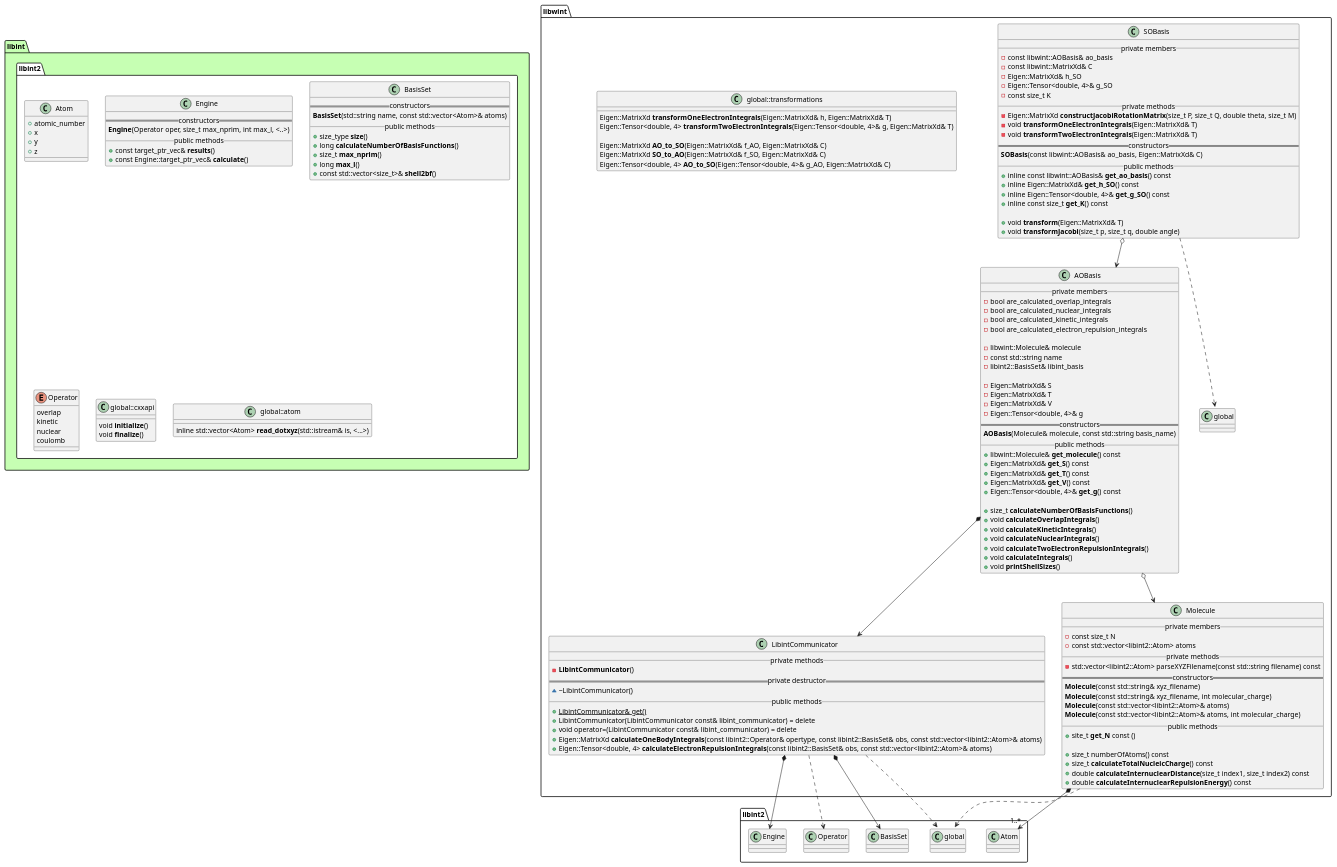
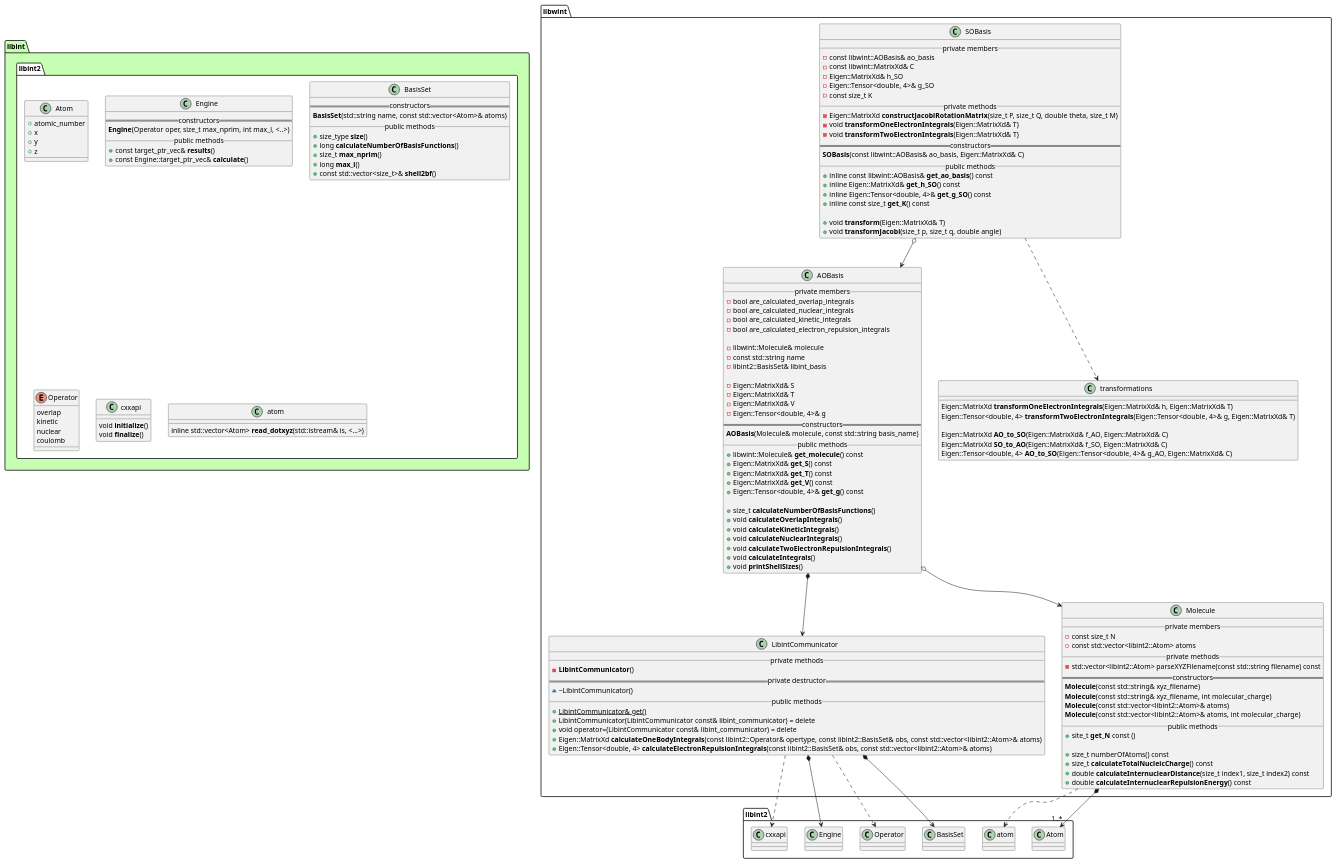
One commit to tmhuysen/libwint changed the diagram in docs/libwint.puml. Above: the diagram before and after it, drawn with PlantUML. The commit also changed 1 other file, not shown here.

Commit message:
Update UML a bit.

```diff
--- a/docs/libwint.puml
+++ b/docs/libwint.puml
@@ -1,177 +1,177 @@
 @startuml
 
 
 
 package libint #c6ffb3 {
     namespace libint2 #ffffff {
         class Atom {
             + atomic_number
             + x
             + y
             + z
         }
 
         class Engine {
             == constructors ==
                 **Engine**(Operator oper, size_t max_nprim, int max_l, <..>)
             __ public methods __
                 + const target_ptr_vec& **results**()
                 + const Engine::target_ptr_vec& **calculate**()
         }
 
         class BasisSet {
             == constructors ==
                 **BasisSet**(std::string name, const std::vector<Atom>& atoms)
             __ public methods __
                 + size_type **size**()
                 + long **calculateNumberOfBasisFunctions**()
                 + size_t **max_nprim**()
                 + long **max_l**()
                 + const std::vector<size_t>& **shell2bf**()
         }
 
         enum Operator {
             overlap
             kinetic
             nuclear
             coulomb
         }
 
-        class global::cxxapi {
+        class cxxapi {
                 void **initialize**()
                 void **finalize**()
         }
 
-        class global::atom {
+        class atom {
             inline std::vector<Atom> **read_dotxyz**(std::istream& is, <...>)
         }
     }
 }
 
 
 
 
 namespace libwint {
 
     class AOBasis {
         __ private members __
             - bool are_calculated_overlap_integrals
             - bool are_calculated_nuclear_integrals
             - bool are_calculated_kinetic_integrals
             - bool are_calculated_electron_repulsion_integrals
 
             - libwint::Molecule& molecule
             - const std::string name
             - libint2::BasisSet& libint_basis
 
             - Eigen::MatrixXd& S
             - Eigen::MatrixXd& T
             - Eigen::MatrixXd& V
             - Eigen::Tensor<double, 4>& g
         == constructors ==
             **AOBasis**(Molecule& molecule, const std::string basis_name)
         __ public methods __
             + libwint::Molecule& **get_molecule**() const
             + Eigen::MatrixXd& **get_S**() const
             + Eigen::MatrixXd& **get_T**() const
             + Eigen::MatrixXd& **get_V**() const
             + Eigen::Tensor<double, 4>& **get_g**() const
 
             + size_t **calculateNumberOfBasisFunctions**()
             + void **calculateOverlapIntegrals**()
             + void **calculateKineticIntegrals**()
             + void **calculateNuclearIntegrals**()
             + void **calculateTwoElectronRepulsionIntegrals**()
             + void **calculateIntegrals**()
             + void **printShellSizes**()
     }
 
 
     class SOBasis {
         __ private members __
             - const libwint::AOBasis& ao_basis
             - const libwint::MatrixXd& C
             - Eigen::MatrixXd& h_SO
             - Eigen::Tensor<double, 4>& g_SO
             - const size_t K
         __ private methods __
             - Eigen::MatrixXd **constructJacobiRotationMatrix**(size_t P, size_t Q, double theta, size_t M)
             - void **transformOneElectronIntegrals**(Eigen::MatrixXd& T)
             - void **transformTwoElectronIntegrals**(Eigen::MatrixXd& T)
         == constructors ==
             **SOBasis**(const libwint::AOBasis& ao_basis, Eigen::MatrixXd& C)
         __ public methods __
             + inline const libwint::AOBasis& **get_ao_basis**() const
             + inline Eigen::MatrixXd& **get_h_SO**() const
             + inline Eigen::Tensor<double, 4>& **get_g_SO**() const
             + inline const size_t **get_K**() const
 
             + void **transform**(Eigen::MatrixXd& T)
             + void **transformJacobi**(size_t p, size_t q, double angle)
     }
 
 
-    class global::transformations {
+    class transformations {
             Eigen::MatrixXd **transformOneElectronIntegrals**(Eigen::MatrixXd& h, Eigen::MatrixXd& T)
             Eigen::Tensor<double, 4> **transformTwoElectronIntegrals**(Eigen::Tensor<double, 4>& g, Eigen::MatrixXd& T)
 
             Eigen::MatrixXd **AO_to_SO**(Eigen::MatrixXd& f_AO, Eigen::MatrixXd& C)
             Eigen::MatrixXd **SO_to_AO**(Eigen::MatrixXd& f_SO, Eigen::MatrixXd& C)
             Eigen::Tensor<double, 4> **AO_to_SO**(Eigen::Tensor<double, 4>& g_AO, Eigen::MatrixXd& C)
     }
 
 
     class LibintCommunicator {
         __ private methods __
             - **LibintCommunicator**()
         == private destructor ==
             ~ ~LibintCommunicator()
         __ public methods __
             + {static} LibintCommunicator& get()
             + LibintCommunicator(LibintCommunicator const& libint_communicator) = delete
             + void operator=(LibintCommunicator const& libint_communicator) = delete
             + Eigen::MatrixXd **calculateOneBodyIntegrals**(const libint2::Operator& opertype, const libint2::BasisSet& obs, const std::vector<libint2::Atom>& atoms)
             + Eigen::Tensor<double, 4> **calculateElectronRepulsionIntegrals**(const libint2::BasisSet& obs, const std::vector<libint2::Atom>& atoms)
     }
 
 
     class Molecule {
         __ private members __
             - const size_t N
             - const std::vector<libint2::Atom> atoms
         __ private methods __
             - std::vector<libint2::Atom> parseXYZFilename(const std::string filename) const
         == constructors ==
             **Molecule**(const std::string& xyz_filename)
             **Molecule**(const std::string& xyz_filename, int molecular_charge)
             **Molecule**(const std::vector<libint2::Atom>& atoms)
             **Molecule**(const std::vector<libint2::Atom>& atoms, int molecular_charge)
         __ public methods __
             + site_t **get_N** const ()
 
             + size_t numberOfAtoms() const
             + size_t **calculateTotalNucleicCharge**() const
             + double **calculateInternuclearDistance**(size_t index1, size_t index2) const
             + double **calculateInternuclearRepulsionEnergy**() const
     }
 
 }
 
 
 
 libwint.AOBasis o--> libwint.Molecule
 libwint.AOBasis *--> libwint.LibintCommunicator
 
 libwint.LibintCommunicator *--> libint2.BasisSet
 libwint.LibintCommunicator ..> libint2.Operator
 libwint.LibintCommunicator *--> libint2.Engine
-libwint.LibintCommunicator ..> libint2.global::cxxapi
+libwint.LibintCommunicator ..> libint2.cxxapi
 
 libwint.Molecule *--> "1..*" libint2.Atom
-libwint.Molecule ..> libint2.global::atom
+libwint.Molecule ..> libint2.atom
 
-libwint.SOBasis ..> libwint.global::transformations
+libwint.SOBasis ..> libwint.transformations
 libwint.SOBasis o--> libwint.AOBasis
 
 
 @enduml
```
